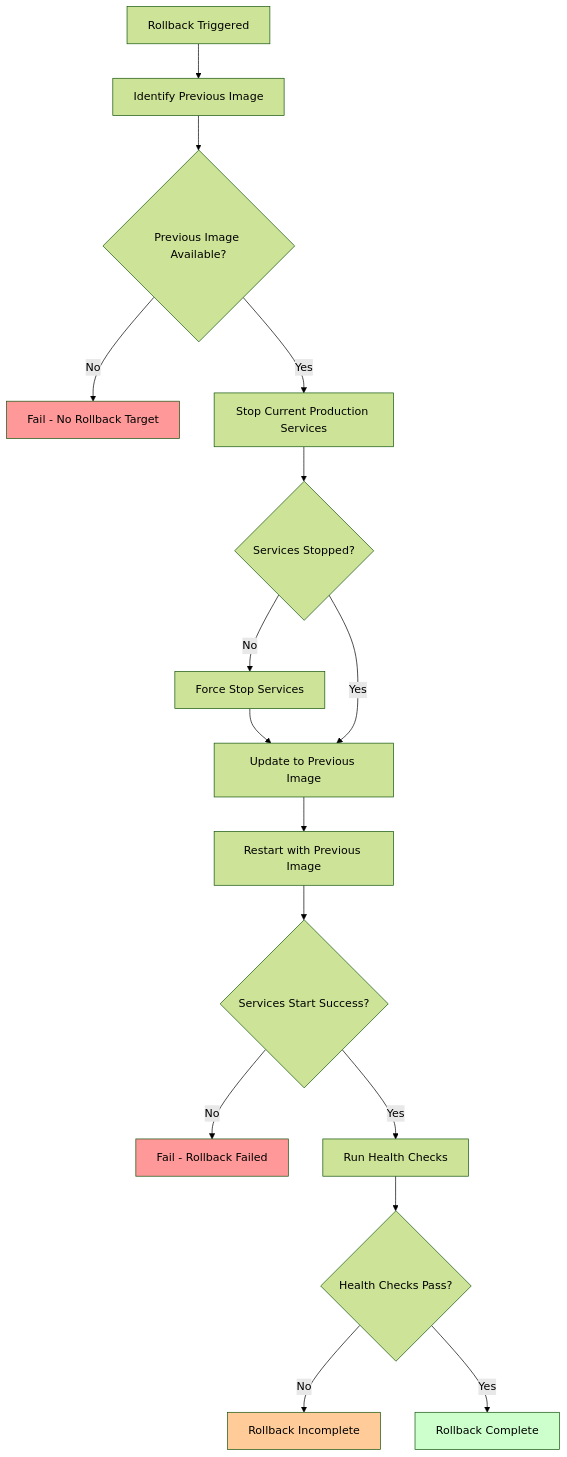
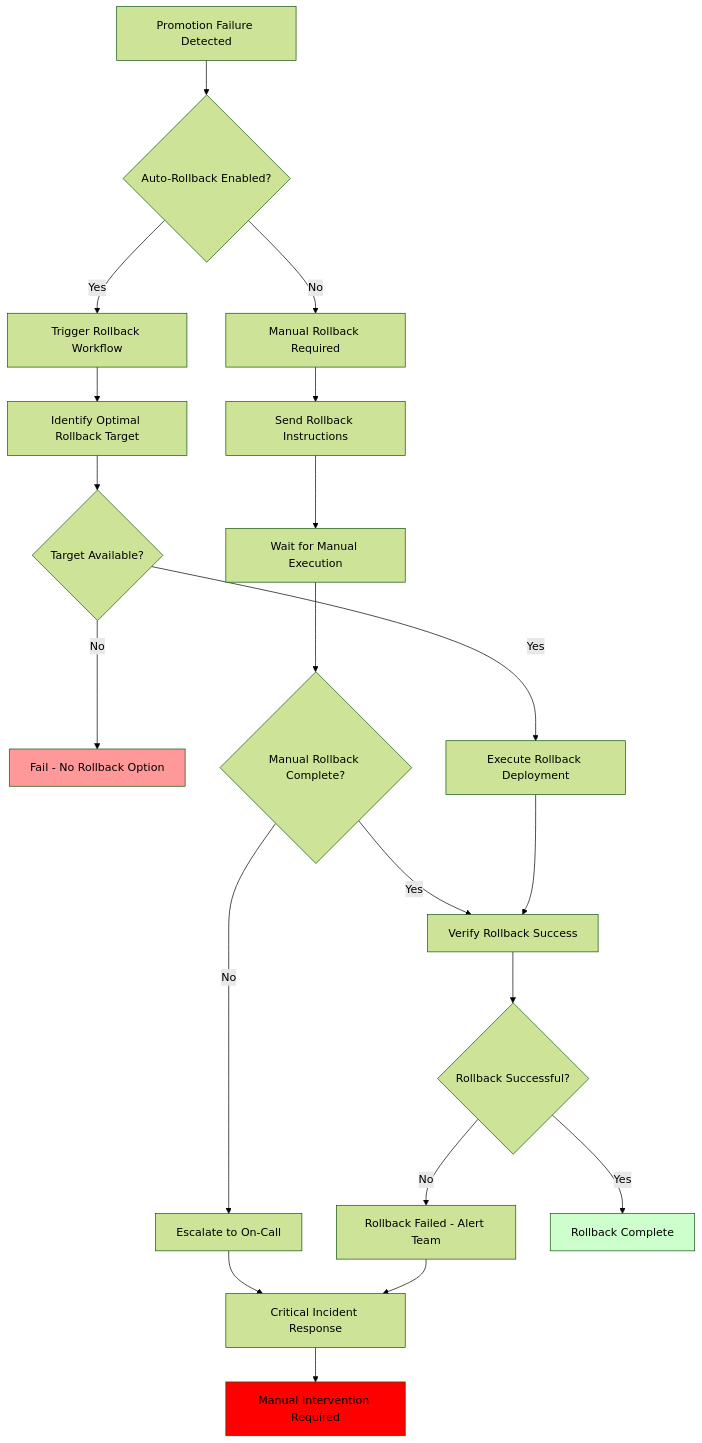
One commit to bxmty/dotca changed the sixth of 6 diagrams in docs/image-promotion-workflow.md. Above: the diagram before and after it, drawn with Mermaid (forest theme). The commit also changed other lines of this file and 1 other file, not shown here.

````diff
--- a/docs/image-promotion-workflow.md
+++ b/docs/image-promotion-workflow.md
@@ -130,26 +249,30 @@
 ```mermaid
 flowchart TD
-    A[Rollback Triggered] --> B[Identify Previous Image]
-    B --> C{Previous Image Available?}
-    C -->|No| D[Fail - No Rollback Target]
-    C -->|Yes| E[Stop Current Production Services]
-    
-    E --> F{Services Stopped?}
-    F -->|No| G[Force Stop Services]
-    G --> H[Update to Previous Image]
-    F -->|Yes| H
-    
-    H --> I[Restart with Previous Image]
-    I --> J{Services Start Success?}
-    J -->|No| K[Fail - Rollback Failed]
-    J -->|Yes| L[Run Health Checks]
-    
-    L --> M{Health Checks Pass?}
-    M -->|No| N[Rollback Incomplete]
-    M -->|Yes| O[Rollback Complete]
-    
-    style D fill:#ff9999
-    style K fill:#ff9999
-    style N fill:#ffcc99
-    style O fill:#ccffcc
+    A[Promotion Failure Detected] --> B{Auto-Rollback Enabled?}
+    B -->|Yes| C[Trigger Rollback Workflow]
+    B -->|No| D[Manual Rollback Required]
+
+    C --> E[Identify Optimal Rollback Target]
+    E --> F{Target Available?}
+    F -->|No| G[Fail - No Rollback Option]
+    F -->|Yes| H[Execute Rollback Deployment]
+
+    D --> I[Send Rollback Instructions]
+    I --> J[Wait for Manual Execution]
+    J --> K{Manual Rollback Complete?}
+    K -->|No| L[Escalate to On-Call]
+    K -->|Yes| M[Verify Rollback Success]
+
+    H --> M
+    M --> N{Rollback Successful?}
+    N -->|No| O[Rollback Failed - Alert Team]
+    N -->|Yes| P[Rollback Complete]
+
+    L --> Q[Critical Incident Response]
+    O --> Q
+    Q --> R[Manual Intervention Required]
+
+    style P fill:#ccffcc
+    style G fill:#ff9999
+    style R fill:#ff0000
 ```
````
